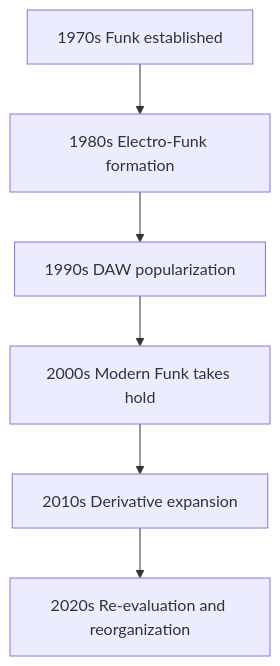
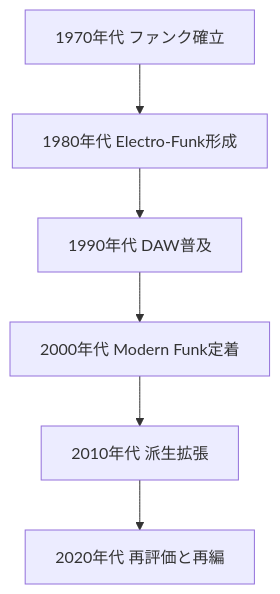
One commit to monumental-movement/monumental-movement.github.io changed the second of 2 diagrams in en/_posts/2025-12-15-column-electro-Funk-modern-funk.md. Above: the diagram before and after it, drawn with Mermaid. The commit also changed other lines of this file and 2196 other files, not shown here.

```diff
--- a/en/_posts/2025-12-15-column-electro-Funk-modern-funk.md
+++ b/en/_posts/2025-12-15-column-electro-Funk-modern-funk.md
@@ -144,4 +144,4 @@
 <div class="mermaid">
 flowchart TD
-    A[1970s Funk established] --> B[1980s Electro-Funk formation] --> C[1990s DAW popularization] --> D[2000s Modern Funk takes hold] --> E[2010s Derivative expansion] --> F[2020s Re-evaluation and reorganization]
+    A[1970年代 ファンク確立] --> B[1980年代 Electro-Funk形成] --> C[1990年代 DAW普及] --> D[2000年代 Modern Funk定着] --> E[2010年代 派生拡張] --> F[2020年代 再評価と再編]
 </div>
```
